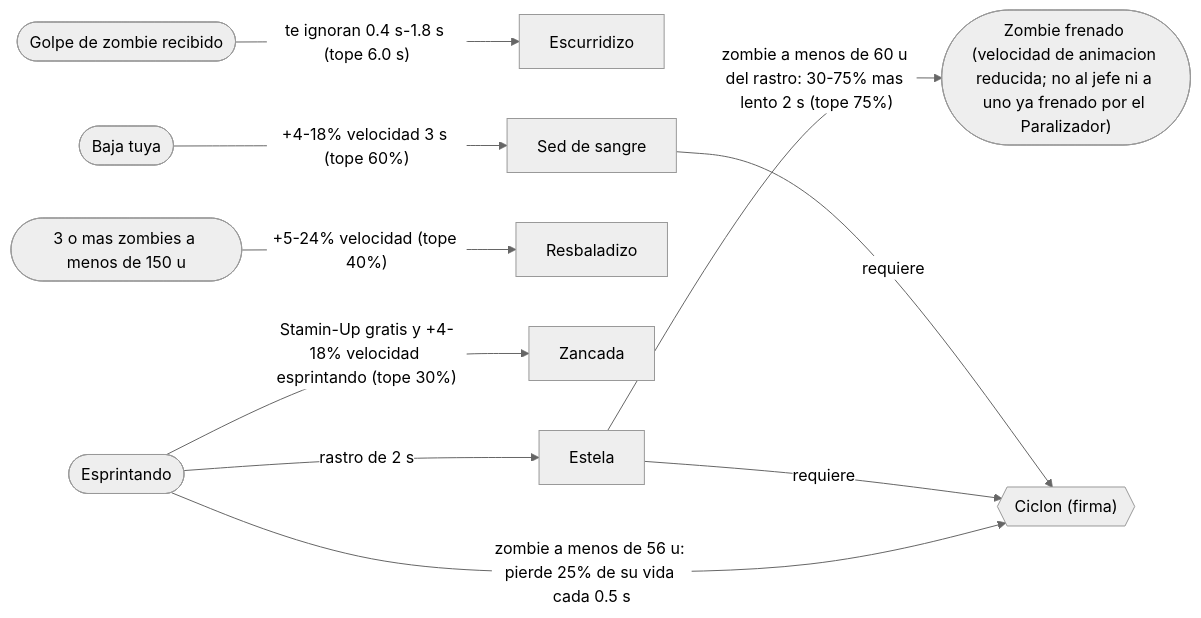
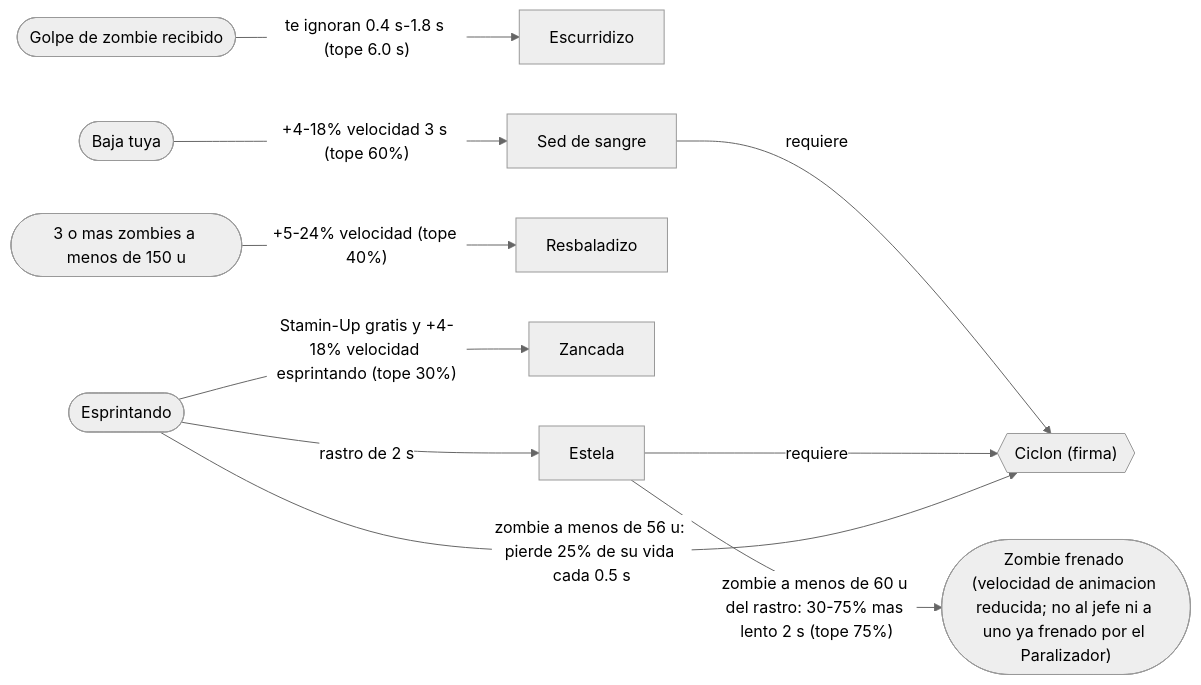
Diagram 12 of 15 in ARQUETIPOS.md (emailyasi1/bo2jodas), drawn with Mermaid (neutral theme) before and after one commit. The commit also changed other lines of this file and 5 other files, not shown here.

````diff
--- a/ARQUETIPOS.md
+++ b/ARQUETIPOS.md
@@ -448,23 +448,23 @@
 ```mermaid
 flowchart LR
     escurridizo["Escurridizo"]
     sed["Sed de sangre"]
     resbaladizo["Resbaladizo"]
     zancada["Zancada"]
     estela["Estela"]
     ciclon{{"Ciclon (firma)"}}
-    ESPRINT(["Esprintando"])
     BAJA(["Baja tuya"])
     GOLPE(["Golpe de zombie recibido"])
     FRENO(["Zombie frenado (velocidad de animacion reducida; no al jefe ni a uno ya frenado por el Paralizador)"])
     CERCA3(["3 o mas zombies a menos de 150 u"])
+    ESPRINT(["Esprintando"])
     BAJA -->|"+4-18% velocidad 3 s (tope 60%)"| sed
     GOLPE -->|"te ignoran 0.4 s-1.8 s (tope 6.0 s)"| escurridizo
     CERCA3 -->|"+5-24% velocidad (tope 40%)"| resbaladizo
     ESPRINT -->|"Stamin-Up gratis y +4-18% velocidad esprintando (tope 30%)"| zancada
     ESPRINT -->|"rastro de 2 s"| estela
     estela -->|"zombie a menos de 60 u del rastro: 30-75% mas lento 2 s (tope 75%)"| FRENO
     sed -->|"requiere"| ciclon
     estela -->|"requiere"| ciclon
     ESPRINT -->|"zombie a menos de 56 u: pierde 25% de su vida cada 0.5 s"| ciclon
 ```
````
